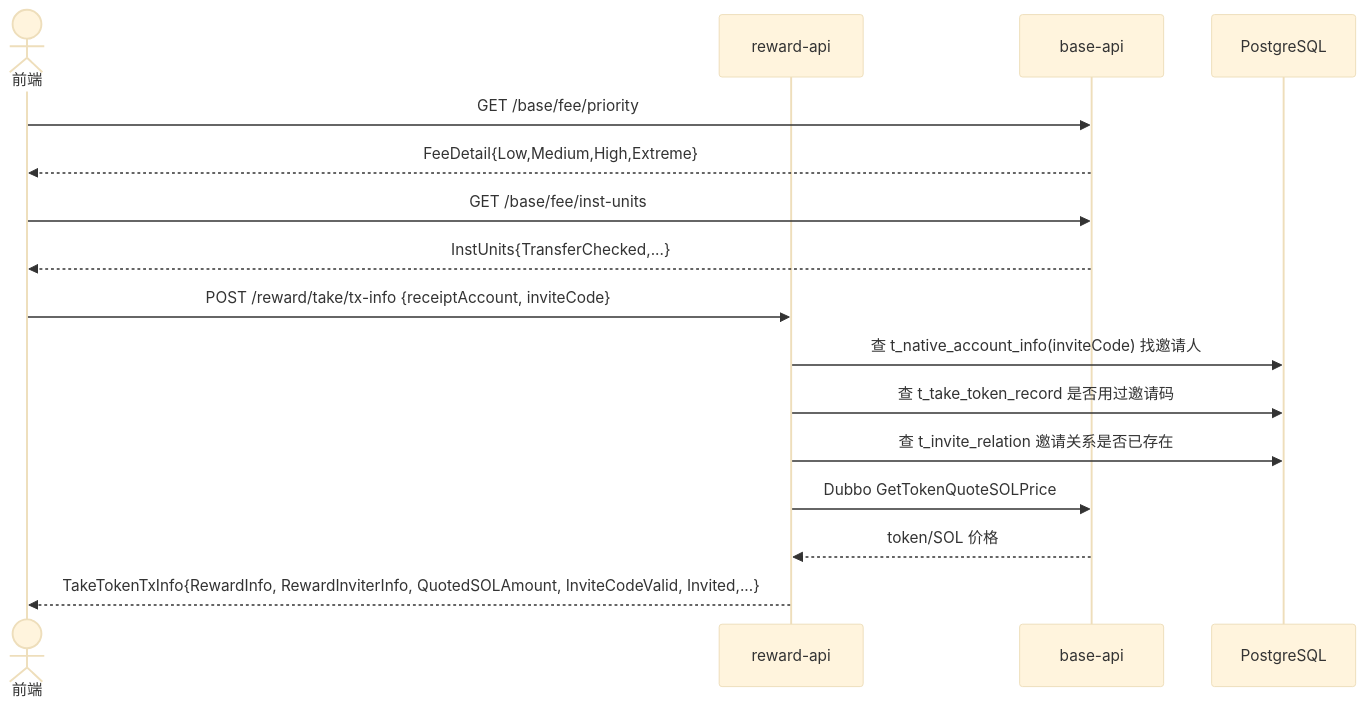
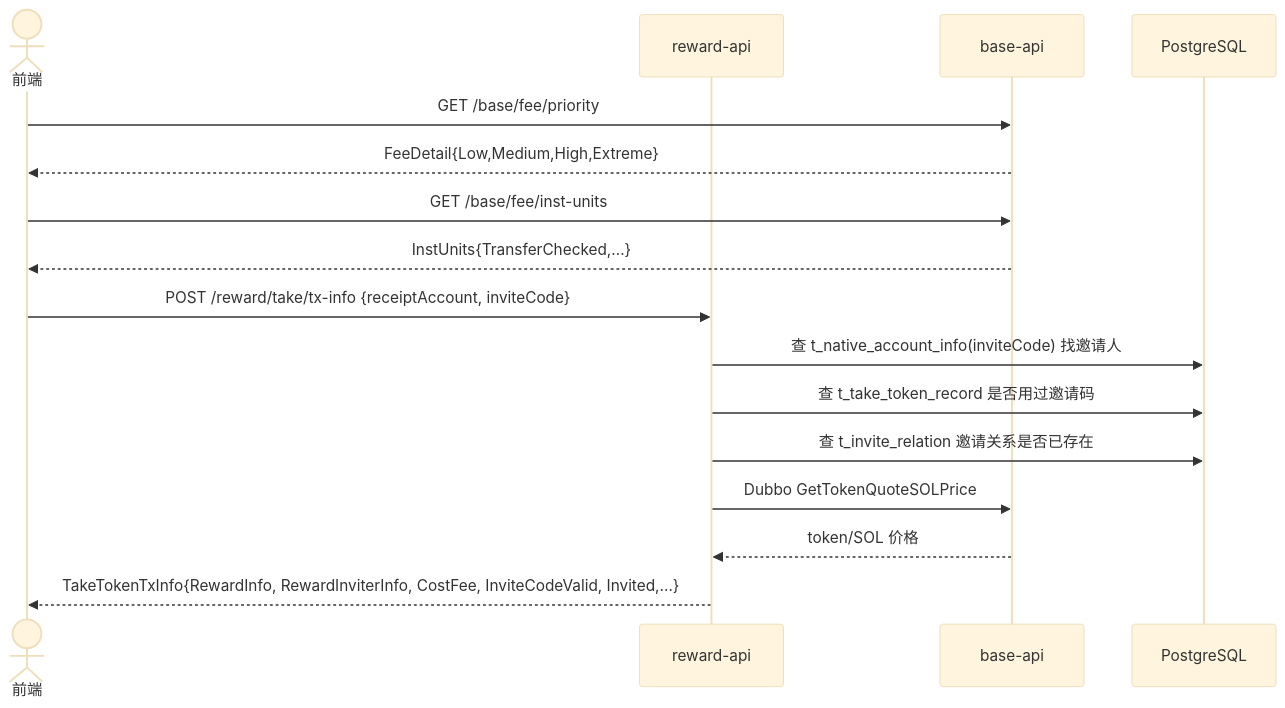
One commit to BillInUK/oshit-go changed the first of 7 diagrams in docs/v1/reward_take_token.md. Above: the diagram before and after it, drawn with Mermaid (base theme). The commit also changed other lines of this file and 8 other files, not shown here.

Commit message:
feat: return reward cost fee in tx info

````diff
--- a/docs/v1/reward_take_token.md
+++ b/docs/v1/reward_take_token.md
@@ -128,20 +129,20 @@
 ```mermaid
 sequenceDiagram
     actor FE as 前端
     participant R as reward-api
     participant B as base-api
     participant DB as PostgreSQL
 
     FE->>B: GET /base/fee/priority
     B-->>FE: FeeDetail{Low,Medium,High,Extreme}
     FE->>B: GET /base/fee/inst-units
     B-->>FE: InstUnits{TransferChecked,...}
 
     FE->>R: POST /reward/take/tx-info {receiptAccount, inviteCode}
     R->>DB: 查 t_native_account_info(inviteCode) 找邀请人
     R->>DB: 查 t_take_token_record 是否用过邀请码
     R->>DB: 查 t_invite_relation 邀请关系是否已存在
     R->>B: Dubbo GetTokenQuoteSOLPrice
     B-->>R: token/SOL 价格
-    R-->>FE: TakeTokenTxInfo{RewardInfo, RewardInviterInfo, QuotedSOLAmount, InviteCodeValid, Invited,...}
+    R-->>FE: TakeTokenTxInfo{RewardInfo, RewardInviterInfo, CostFee, InviteCodeValid, Invited,...}
 ```
````
